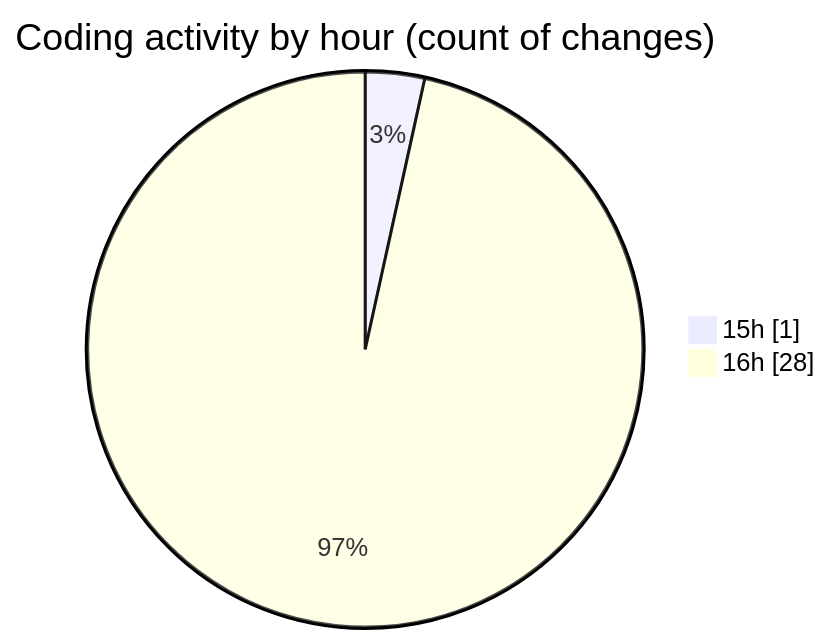
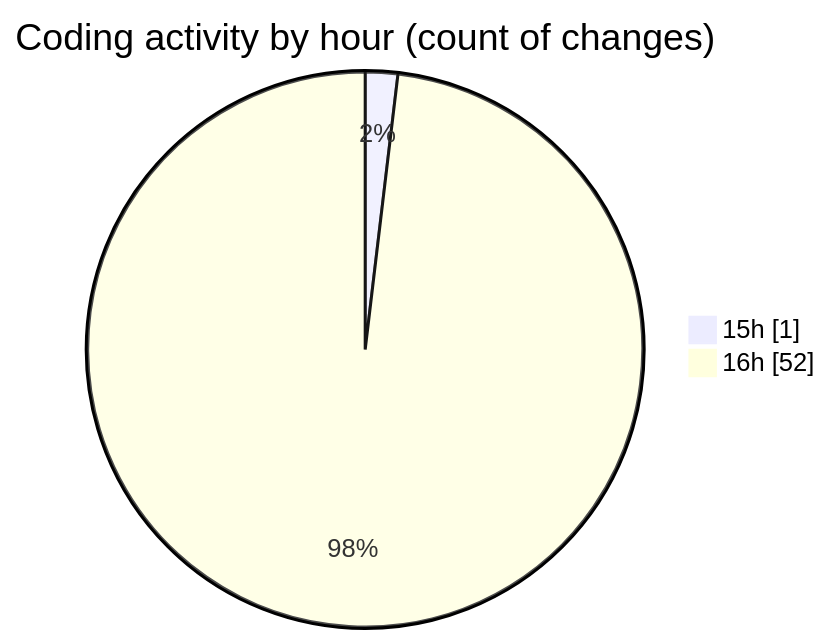
The second of 2 diagrams in 2026-11-18/nashik-misal-queue/README.md (nxtqubesakshisongat/code-tracking), drawn with Mermaid before and after one commit. The commit also changed other lines of this file and 1 other file, not shown here.

````diff
--- a/2026-11-18/nashik-misal-queue/README.md
+++ b/2026-11-18/nashik-misal-queue/README.md
@@ -37,6 +62,6 @@
 ```mermaid
 pie showData
 title Coding activity by hour (count of changes)
 "15h" : 1
-"16h" : 28
+"16h" : 52
 ```
````
